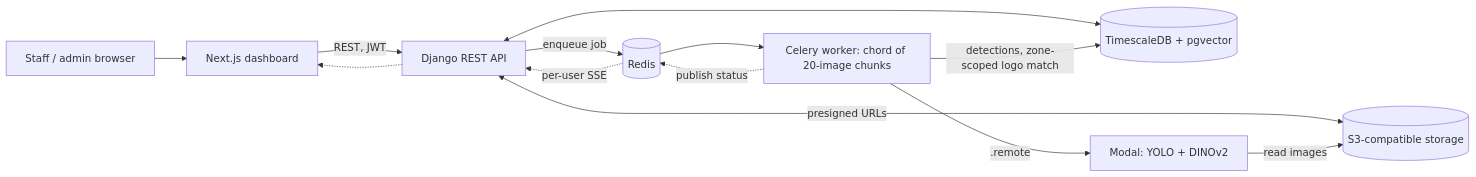
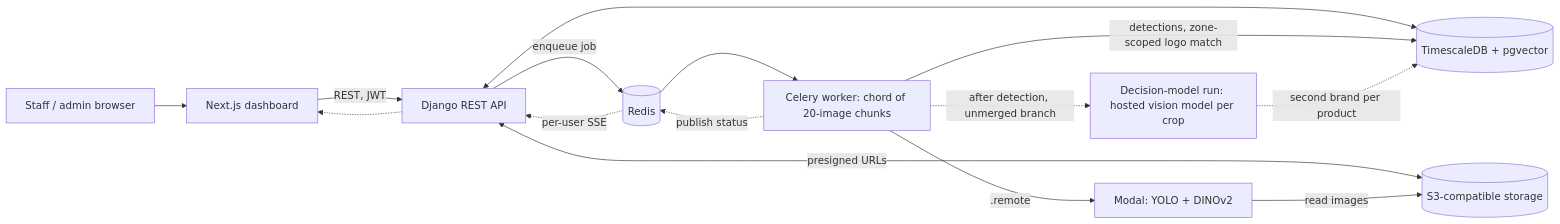
Before and after one commit to chuan-khuna/resume-builder: the diagram in evidence/themather/2026-retail-shelf-computer-vision-analytics-platform.md, drawn with Mermaid. The commit also changed other lines of this file and 1 other file, not shown here.

````diff
--- a/evidence/themather/2026-retail-shelf-computer-vision-analytics-platform.md
+++ b/evidence/themather/2026-retail-shelf-computer-vision-analytics-platform.md
@@ -204,15 +240,17 @@
 ```mermaid
 flowchart LR
   U[Staff / admin browser] --> FE[Next.js dashboard]
   FE -->|REST, JWT| BE[Django REST API]
   BE <--> DB[(TimescaleDB + pgvector)]
   BE <-->|presigned URLs| OS[(S3-compatible storage)]
   BE -->|enqueue job| R[(Redis)]
   R --> W[Celery worker: chord of 20-image chunks]
   W -->|.remote| M[Modal: YOLO + DINOv2]
   M -->|read images| OS
   W -->|detections, zone-scoped logo match| DB
   W -.->|publish status| R
+  W -.->|after detection, unmerged branch| DM[Decision-model run: hosted vision model per crop]
+  DM -.->|second brand per product| DB
   R -.->|per-user SSE| BE
   BE -.-> FE
 ```
````
